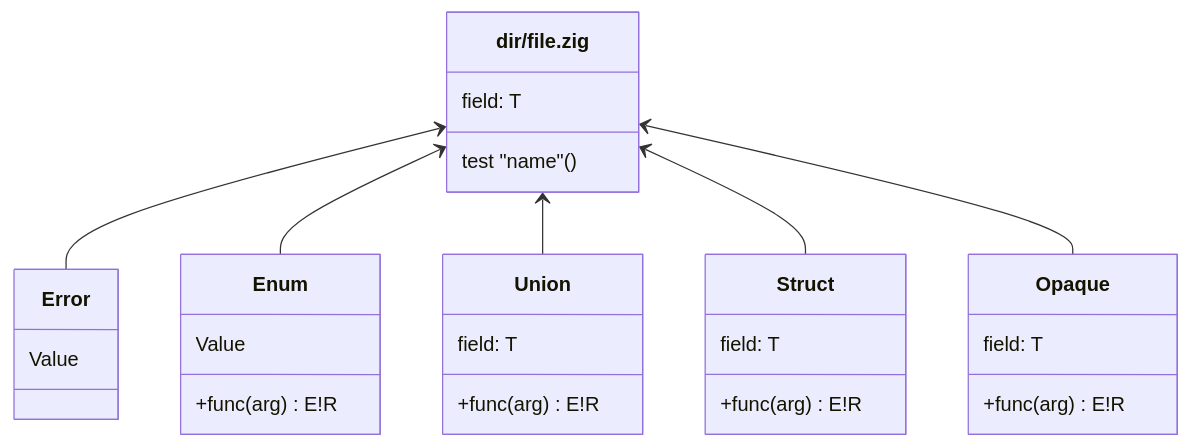
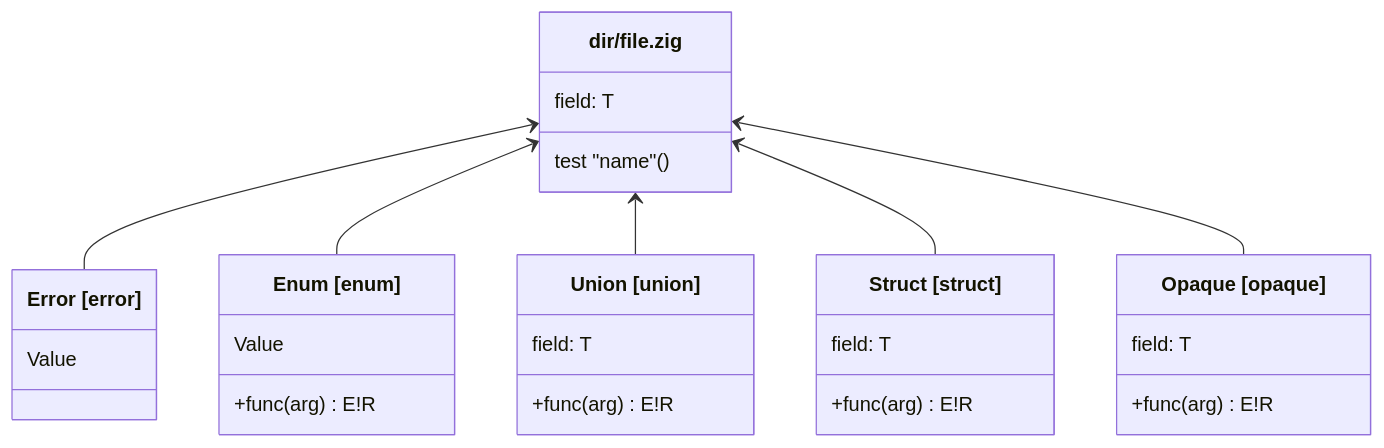
One commit to tensorush/meduza changed the diagram in README.md. Above: the diagram before and after it, drawn with Mermaid. The commit also changed other lines of this file and 5 other files, not shown here.

````diff
--- a/README.md
+++ b/README.md
@@ -50,31 +50,31 @@
 ```mermaid
 classDiagram
     class `dir/file.zig` {
         field: T
         test "name"()
     }
-    class Error {
+    class Error["Error [error]"] {
         Value
     }
-    class Enum {
+    class Enum["Enum [enum]"] {
         Value
         +func(arg) E!R
     }
-    class Union {
+    class Union["Union [union]"] {
         field: T
         +func(arg) E!R
     }
-    class Struct {
+    class Struct["Struct [struct]"] {
         field: T
         +func(arg) E!R
     }
-    class Opaque {
+    class Opaque["Opaque [opaque]"] {
         field: T
         +func(arg) E!R
     }
     `dir/file.zig` <-- Error
     `dir/file.zig` <-- Enum
     `dir/file.zig` <-- Union
     `dir/file.zig` <-- Struct
     `dir/file.zig` <-- Opaque
 ```
````
